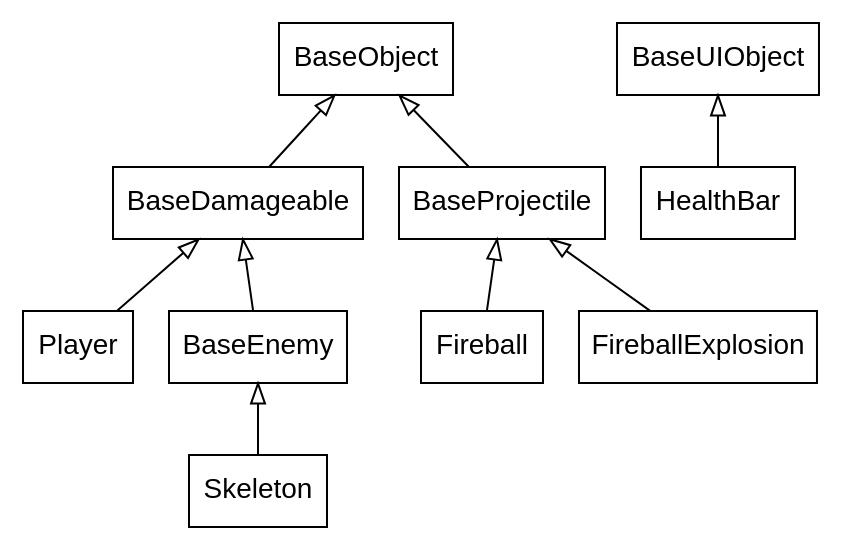
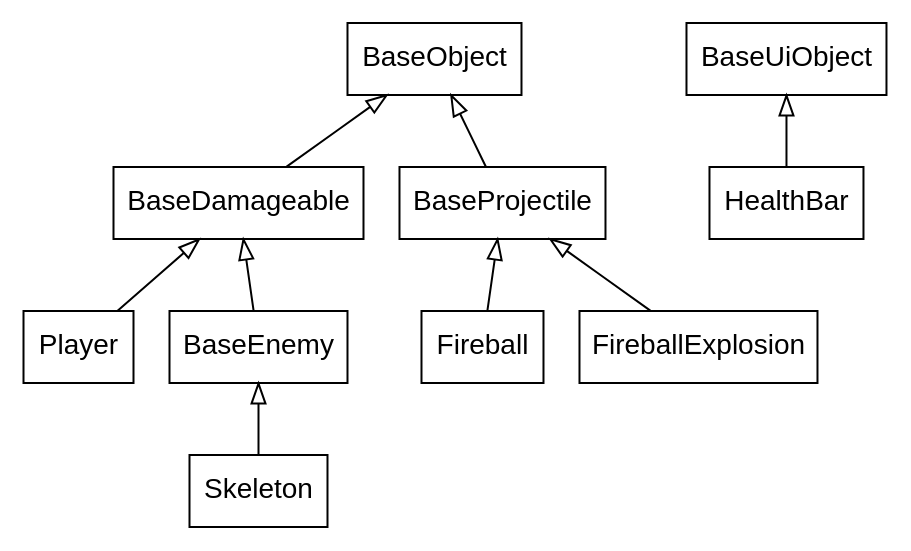
One commit to lachfoy/2dgameABANDONED changed the diagram in inheritance.gv. Above: the diagram before and after it, drawn with Graphviz. The commit also changed 19 other files, not shown here.

```diff
--- a/inheritance.gv
+++ b/inheritance.gv
@@ -1,13 +1,13 @@
 digraph inheritance {
     node [shape=box fontname="Helvetica,Arial,sans-serif"]
     edge [dir=back arrowtail=empty]
 
     BaseObject->{BaseDamageable, BaseProjectile}
     BaseDamageable->{Player, BaseEnemy}
     BaseProjectile->{Fireball, FireballExplosion}
     BaseEnemy->Skeleton
 
-    BaseUIObject->HealthBar
+    BaseUiObject->HealthBar
 }
 
 // use `dot -Tpng -O inheritance.gv` to generate a .png
```
